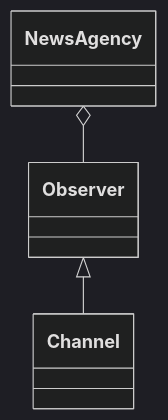
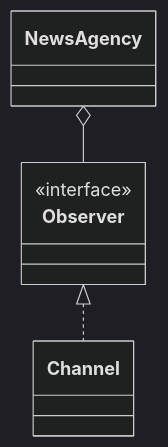
One commit to remideboer/pys changed the second of 2 diagrams in examples/design_patterns/behavioral/observer.md. Above: the diagram before and after it, drawn with Mermaid (dark theme). The commit also changed 23 other files, not shown here.

````diff
--- a/examples/design_patterns/behavioral/observer.md
+++ b/examples/design_patterns/behavioral/observer.md
@@ -36,8 +36,10 @@
 ```mermaid
 classDiagram
     class NewsAgency
-    class Observer
+    class Observer {
+        <<interface>>
+    }
     class Channel
-    Observer <|-- Channel
+    Observer <|.. Channel
     NewsAgency o-- Observer
 ```
````
